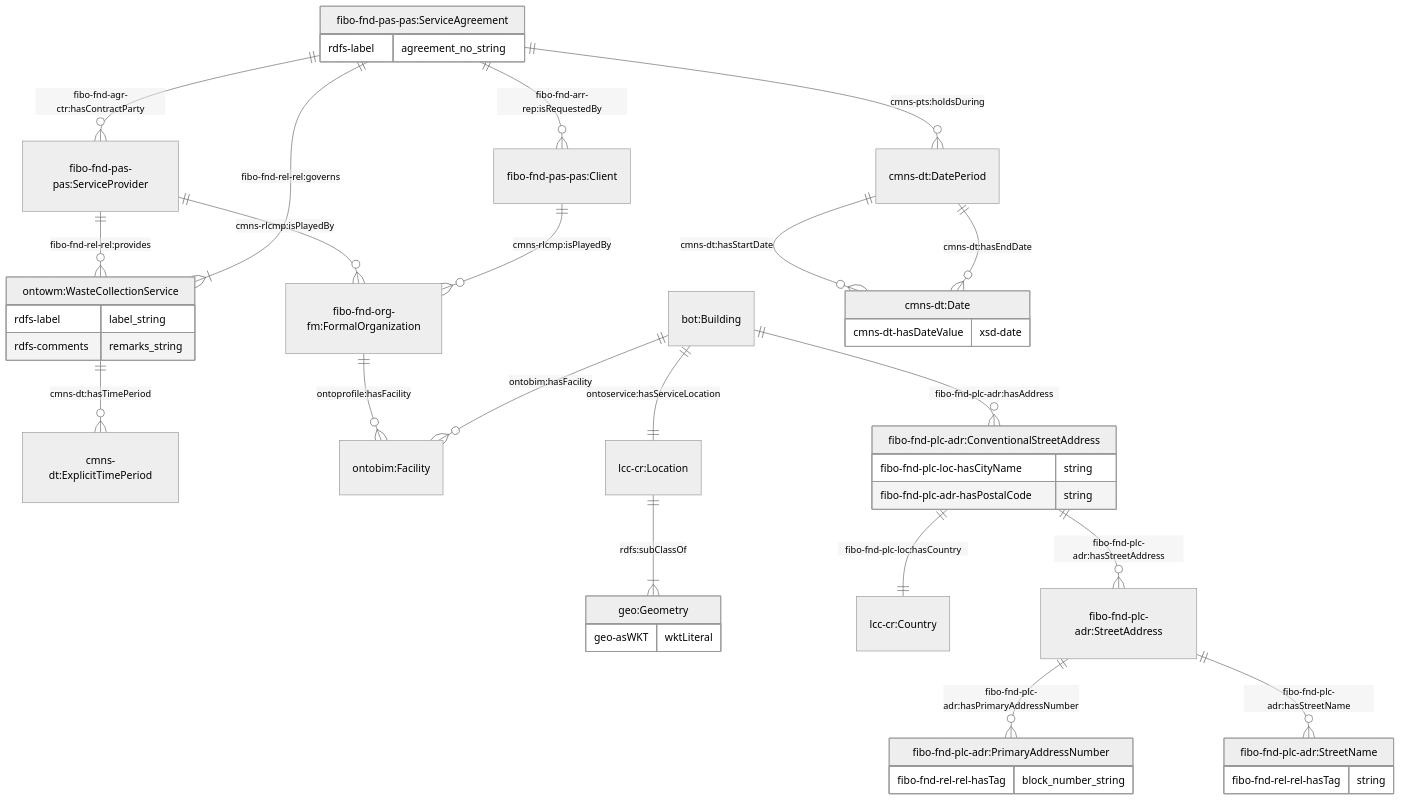
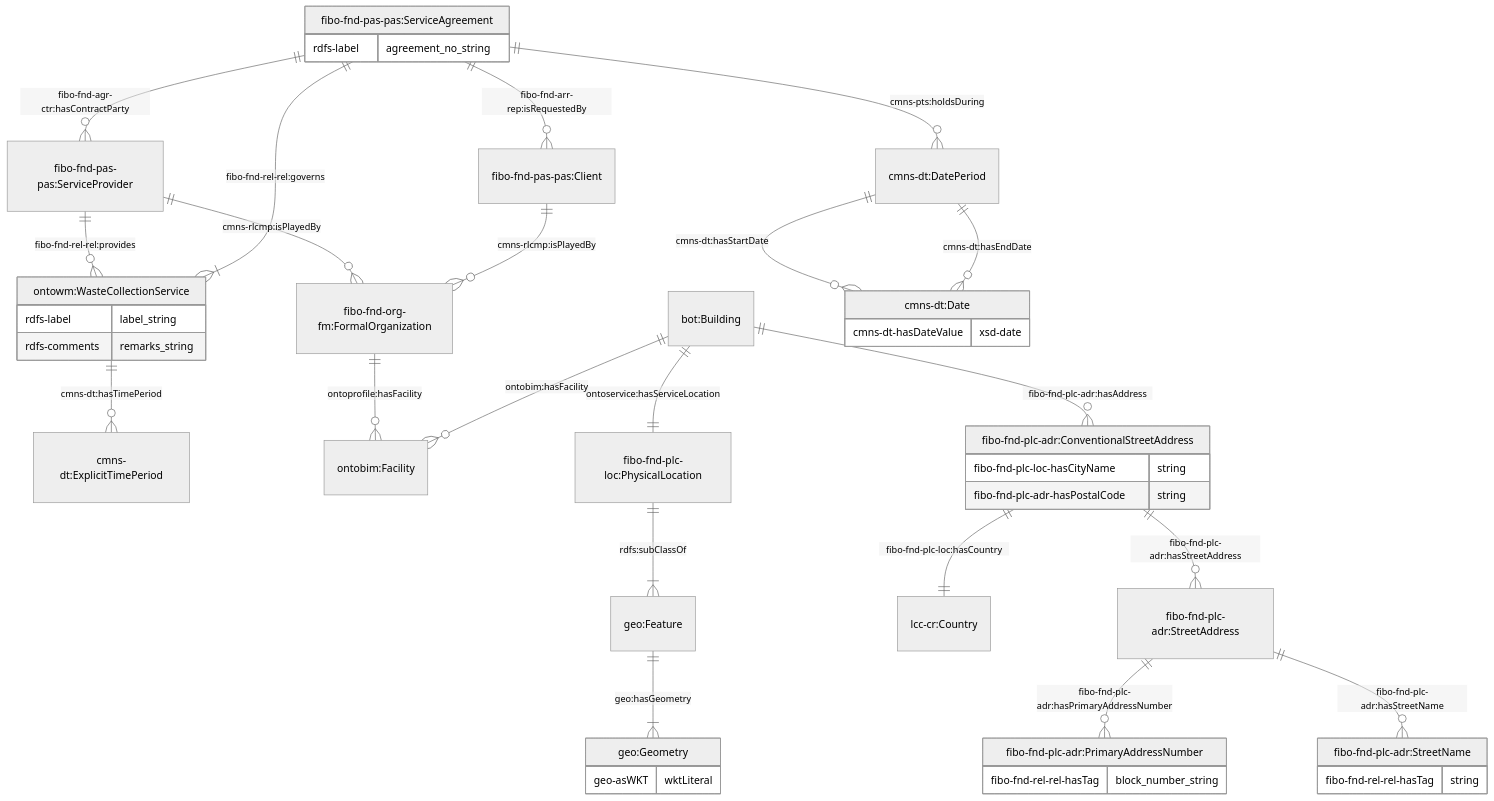
The first of 11 diagrams in JPS_Ontology/ontology/ontowastemanagement/README.md (cambridge-cares/TheWorldAvatar), drawn with Mermaid (neutral theme) before and after one commit. The commit also changed other lines of this file and 1 other file, not shown here.

Commit message:
dev-ontowastemanagement: Update to use physical location instead of location

````diff
--- a/JPS_Ontology/ontology/ontowastemanagement/README.md
+++ b/JPS_Ontology/ontology/ontowastemanagement/README.md
@@ -70,53 +70,54 @@
 ```mermaid
     erDiagram
     "fibo-fnd-pas-pas:ServiceAgreement" {
         rdfs-label agreement_no_string
     }
     "fibo-fnd-pas-pas:ServiceAgreement" ||--o{ "fibo-fnd-pas-pas:Client" : "fibo-fnd-arr-rep:isRequestedBy"
     "fibo-fnd-pas-pas:ServiceAgreement" ||--o{ "fibo-fnd-pas-pas:ServiceProvider" : "fibo-fnd-agr-ctr:hasContractParty"
 
     "fibo-fnd-pas-pas:ServiceProvider" ||--o{ "fibo-fnd-org-fm:FormalOrganization"  : "cmns-rlcmp:isPlayedBy"
     "fibo-fnd-pas-pas:ServiceProvider" ||--o{ "ontowm:WasteCollectionService"  : "fibo-fnd-rel-rel:provides"
 
     "fibo-fnd-pas-pas:Client" ||--o{ "fibo-fnd-org-fm:FormalOrganization"  : "cmns-rlcmp:isPlayedBy"
 
     "fibo-fnd-pas-pas:ServiceAgreement" ||--|{ "ontowm:WasteCollectionService" : "fibo-fnd-rel-rel:governs"
     "ontowm:WasteCollectionService" ||--o{ "cmns-dt:ExplicitTimePeriod" : "cmns-dt:hasTimePeriod"
     "ontowm:WasteCollectionService" {
         rdfs-label label_string
         rdfs-comments remarks_string
     }
 
     "fibo-fnd-org-fm:FormalOrganization" ||--o{ "ontobim:Facility" : "ontoprofile:hasFacility "
 
-    "bot:Building" ||--|| "lcc-cr:Location" : "ontoservice:hasServiceLocation"
-    "lcc-cr:Location" ||--|{ "geo:Geometry" : "rdfs:subClassOf"
+    "bot:Building" ||--|| "fibo-fnd-plc-loc:PhysicalLocation" : "ontoservice:hasServiceLocation"
+    "fibo-fnd-plc-loc:PhysicalLocation" ||--|{ "geo:Feature" : "rdfs:subClassOf"
+    "geo:Feature" ||--|{ "geo:Geometry" : "geo:hasGeometry"
     "geo:Geometry" {
         geo-asWKT wktLiteral
     }
 
     "bot:Building" ||--o{ "ontobim:Facility" : "ontobim:hasFacility "
     "bot:Building" ||--o{ "fibo-fnd-plc-adr:ConventionalStreetAddress" : "fibo-fnd-plc-adr:hasAddress"
     "fibo-fnd-plc-adr:ConventionalStreetAddress" ||--|| "lcc-cr:Country" : "fibo-fnd-plc-loc:hasCountry"
     "fibo-fnd-plc-adr:ConventionalStreetAddress" ||--o{ "fibo-fnd-plc-adr:StreetAddress" : "fibo-fnd-plc-adr:hasStreetAddress"
     "fibo-fnd-plc-adr:ConventionalStreetAddress" {
         fibo-fnd-plc-loc-hasCityName string
         fibo-fnd-plc-adr-hasPostalCode string
     }
     "fibo-fnd-plc-adr:StreetAddress" ||--o{ "fibo-fnd-plc-adr:PrimaryAddressNumber" : "fibo-fnd-plc-adr:hasPrimaryAddressNumber"
     "fibo-fnd-plc-adr:StreetAddress" ||--o{ "fibo-fnd-plc-adr:StreetName" : "fibo-fnd-plc-adr:hasStreetName"
 
     "fibo-fnd-plc-adr:PrimaryAddressNumber" {
         fibo-fnd-rel-rel-hasTag block_number_string
     }
     "fibo-fnd-plc-adr:StreetName" {
         fibo-fnd-rel-rel-hasTag string
     }
 
     "fibo-fnd-pas-pas:ServiceAgreement" ||--o{ "cmns-dt:DatePeriod" : "cmns-pts:holdsDuring"
     "cmns-dt:DatePeriod" ||--o{ "cmns-dt:Date" : "cmns-dt:hasStartDate"
     "cmns-dt:DatePeriod" ||--o{ "cmns-dt:Date" : "cmns-dt:hasEndDate"
     "cmns-dt:Date" {
         cmns-dt-hasDateValue xsd-date
     }
 ```
````
